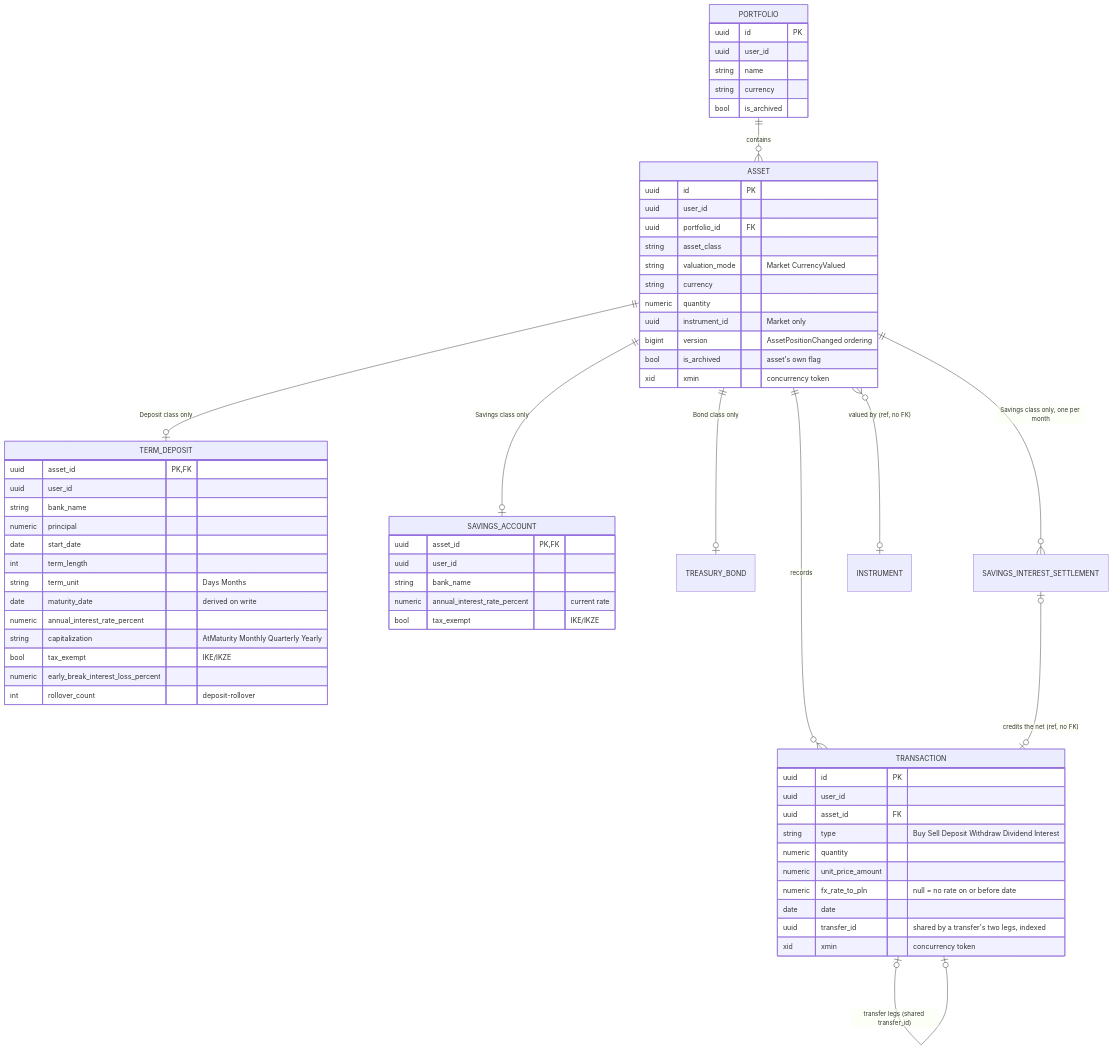
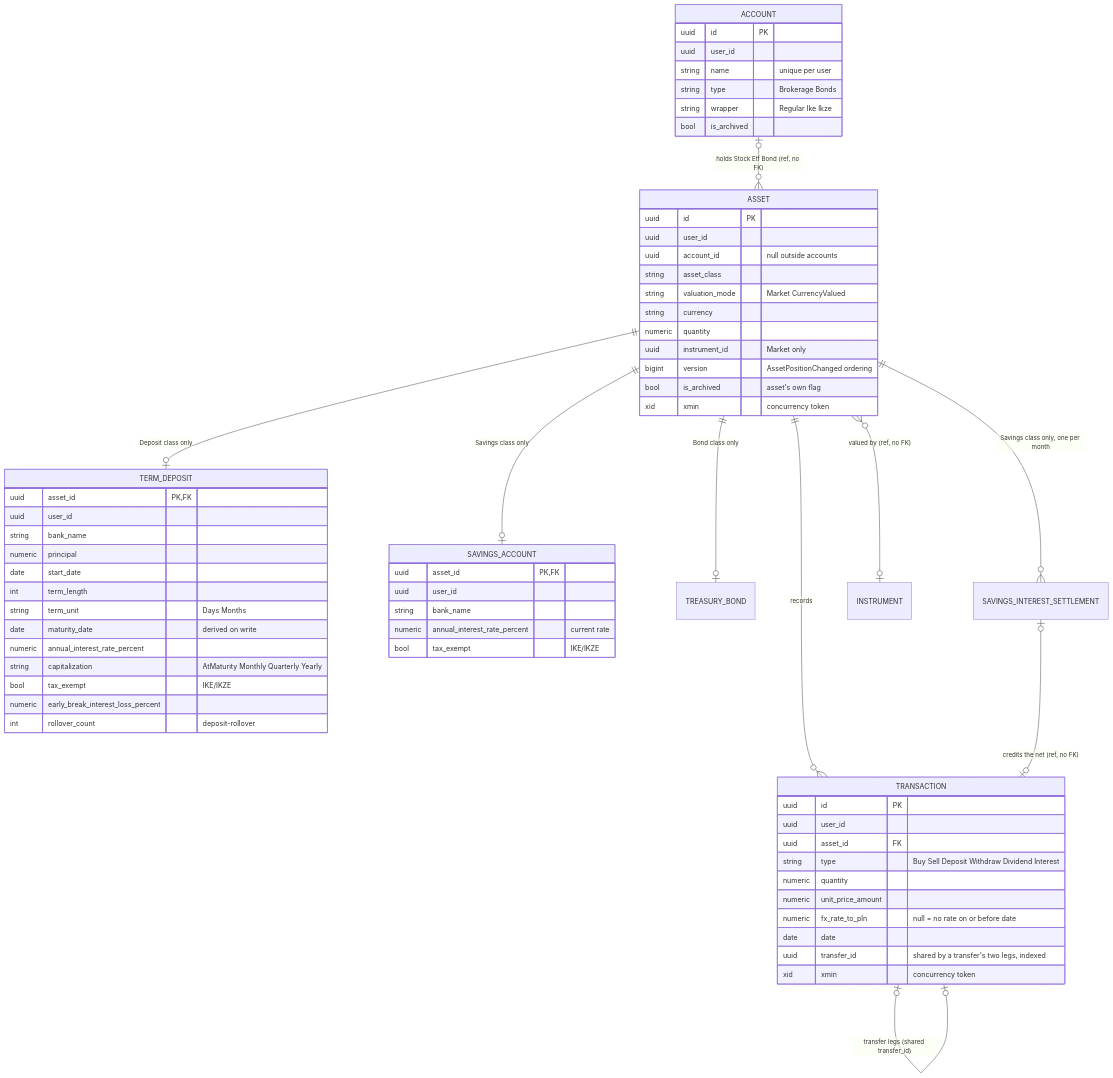
One commit to Maliniak93/FinMel changed the first of 3 diagrams in skarbiec-plan/domain.md. Above: the diagram before and after it, drawn with Mermaid. The commit also changed other lines of this file and 389 other files, not shown here.

````diff
--- a/skarbiec-plan/domain.md
+++ b/skarbiec-plan/domain.md
@@ -63,66 +63,67 @@
 ```mermaid
 erDiagram
-    PORTFOLIO ||--o{ ASSET : contains
+    ACCOUNT |o--o{ ASSET : "holds Stock Etf Bond (ref, no FK)"
     ASSET ||--o{ TRANSACTION : records
     TRANSACTION |o--o| TRANSACTION : "transfer legs (shared transfer_id)"
     ASSET ||--o| TERM_DEPOSIT : "Deposit class only"
     ASSET ||--o| SAVINGS_ACCOUNT : "Savings class only"
     ASSET ||--o| TREASURY_BOND : "Bond class only"
     ASSET ||--o{ SAVINGS_INTEREST_SETTLEMENT : "Savings class only, one per month"
     SAVINGS_INTEREST_SETTLEMENT |o--o| TRANSACTION : "credits the net (ref, no FK)"
     ASSET }o--o| INSTRUMENT : "valued by (ref, no FK)"
-    PORTFOLIO {
+    ACCOUNT {
         uuid id PK
         uuid user_id
-        string name
-        string currency
+        string name "unique per user"
+        string type "Brokerage Bonds"
+        string wrapper "Regular Ike Ikze"
         bool is_archived
     }
     ASSET {
         uuid id PK
         uuid user_id
-        uuid portfolio_id FK
+        uuid account_id "null outside accounts"
         string asset_class
         string valuation_mode "Market CurrencyValued"
         string currency
         numeric quantity
         uuid instrument_id "Market only"
         bigint version "AssetPositionChanged ordering"
         bool is_archived "asset's own flag"
         xid xmin "concurrency token"
     }
     TRANSACTION {
         uuid id PK
         uuid user_id
         uuid asset_id FK
         string type "Buy Sell Deposit Withdraw Dividend Interest"
         numeric quantity
         numeric unit_price_amount
         numeric fx_rate_to_pln "null = no rate on or before date"
         date date
         uuid transfer_id "shared by a transfer's two legs, indexed"
         xid xmin "concurrency token"
     }
     TERM_DEPOSIT {
         uuid asset_id PK, FK
         uuid user_id
         string bank_name
         numeric principal
         date start_date
         int term_length
         string term_unit "Days Months"
         date maturity_date "derived on write"
         numeric annual_interest_rate_percent
         string capitalization "AtMaturity Monthly Quarterly Yearly"
         bool tax_exempt "IKE/IKZE"
         numeric early_break_interest_loss_percent
         int rollover_count "deposit-rollover"
     }
     SAVINGS_ACCOUNT {
         uuid asset_id PK, FK
         uuid user_id
         string bank_name
         numeric annual_interest_rate_percent "current rate"
         bool tax_exempt "IKE/IKZE"
     }
 ```
````
